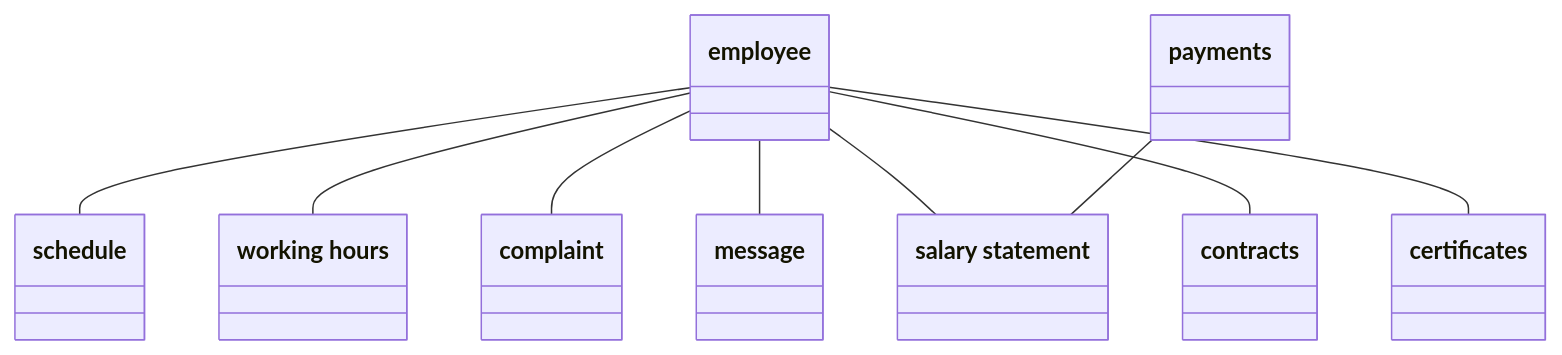
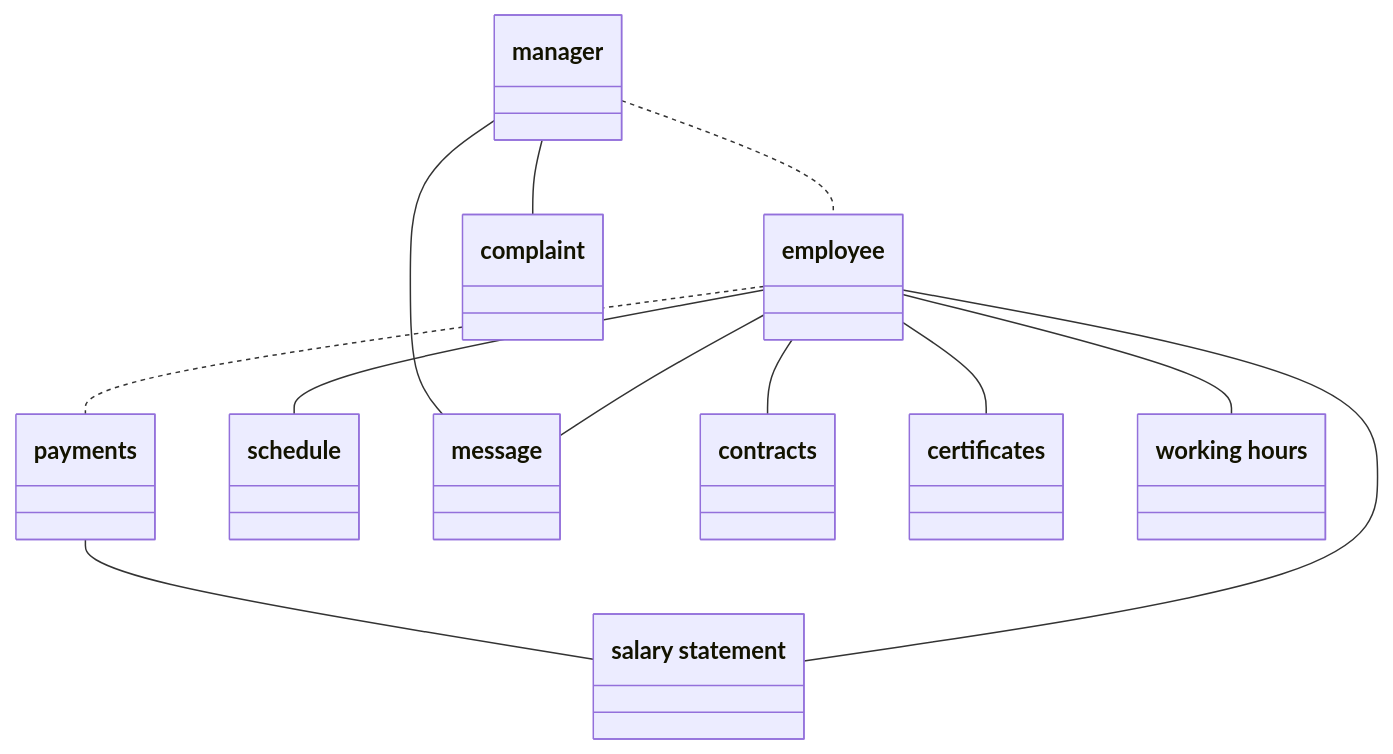
The diagram in 2_gold_standard_domain_models/grocery.mmd (DomDeWulf/user-story-domain-model-datasets), drawn with Mermaid before and after one commit. The commit also changed 21 other files, not shown here.

Commit message:
Adapt domain models to revised gold and silver standard

```diff
--- a/2_gold_standard_domain_models/grocery.mmd
+++ b/2_gold_standard_domain_models/grocery.mmd
@@ -1,56 +1,80 @@
 classDiagram
     %% Project: Grocery
-    %% Class labels match Gold standard - Classes.xlsx exactly, including capitalization.
-    %% Singular/plural forms are assumed equivalent; every changed endpoint is documented below.
-    %% Every association preserves one row of Gold standard - Associations.xlsx, in workbook order.
-    %% associationOnly nodes have no matching class in the Classes Excel; exclude them from class evaluation.
+    %% Source: Gold&Silver Standard.xlsx, sheets 'Class - Gold Standard' (column C) and 'Association - Gold Standard' (columns E:F).
+    %% Class labels match the revised class list exactly, including capitalization.
+    %% Class IDs and order follow the previous models; new classes are appended and removed classes leave ID gaps.
+    %% Workbook legend: red fill = removed, green fill = optional, blue text = added.
+    %% Removed classes and associations are omitted. Optional classes carry <<optional>>; optional associations use a dashed .. line.
+    %% Association endpoints are mapped to class labels; every changed endpoint is documented below.
     %% No direction, multiplicity, relationship labels, inheritance, attributes, or methods are inferred.
     class C001["employee"]
     class C002["payments"]
     class C003["schedule"]
     class C004["message"]
     class C005["contracts"]
     class C006["certificates"]
     class C007["complaint"]
     class C008["salary statement"]
     class C009["working hours"]
+    %% Class 'Class - Gold Standard'!C11: added in the revised workbook (blue text).
+    class C010["manager"]
 
-    %% Association (Classes Excel terms where available): employee -- schedule
-    %% Associations Excel (Sheet1!E3:F3): employee -- schedule.
-    %% Wording differences: none.
+    %% Association: employee -- schedule
+    %% Workbook ('Association - Gold Standard'!E3): employe -- schedul.
+    %% Mapping: "employe" -> "employee" (truncated stem); "schedul" -> "schedule" (truncated stem).
     C001 -- C003
 
-    %% Association (Classes Excel terms where available): employee -- working hours
-    %% Associations Excel (Sheet1!E4:F4): employee -- working hours.
-    %% Wording differences: none.
+    %% Association: employee -- working hours
+    %% Workbook ('Association - Gold Standard'!E4, E5): employe -- working hour.
+    %% Mapping: "employe" -> "employee" (truncated stem); "working hour" -> "working hours" (singular/plural).
+    %% Note: The revised workbook repeats E4 (employee -- working hours) in E5; the previous models had employee -- complaint here. Rows E4 and E5 are drawn as one association.
     C001 -- C009
 
-    %% Association (Classes Excel terms where available): employee -- complaint
-    %% Associations Excel (Sheet1!E5:F5): employee -- complaint.
-    %% Wording differences: none.
-    C001 -- C007
-
-    %% Association (Classes Excel terms where available): employee -- message
-    %% Associations Excel (Sheet1!E6:F6): employee -- message.
-    %% Wording differences: none.
+    %% Association: employee -- message
+    %% Workbook ('Association - Gold Standard'!E6): employe -- messag.
+    %% Mapping: "employe" -> "employee" (truncated stem); "messag" -> "message" (truncated stem).
     C001 -- C004
 
-    %% Association (Classes Excel terms where available): employee -- salary statement
-    %% Associations Excel (Sheet1!E7:F7): employee -- salary statement.
-    %% Wording differences: none.
+    %% Association: employee -- salary statement
+    %% Workbook ('Association - Gold Standard'!E7): employe -- salary stat.
+    %% Mapping: "employe" -> "employee" (truncated stem); "salary stat" -> "salary statement" (truncated stem).
     C001 -- C008
 
-    %% Association (Classes Excel terms where available): employee -- contracts
-    %% Associations Excel (Sheet1!E8:F8): employee -- contract.
-    %% Assumption: "contract" -> "contracts" (singular/plural forms are assumed interchangeable).
+    %% Association: employee -- contracts
+    %% Workbook ('Association - Gold Standard'!E8): employe -- contract.
+    %% Mapping: "employe" -> "employee" (truncated stem); "contract" -> "contracts" (singular/plural).
     C001 -- C005
 
-    %% Association (Classes Excel terms where available): employee -- certificates
-    %% Associations Excel (Sheet1!E9:F9): employee -- certificate.
-    %% Assumption: "certificate" -> "certificates" (singular/plural forms are assumed interchangeable).
+    %% Association: employee -- certificates
+    %% Workbook ('Association - Gold Standard'!E9): employe -- certif.
+    %% Mapping: "employe" -> "employee" (truncated stem); "certif" -> "certificates" (truncated stem; singular/plural).
     C001 -- C006
 
-    %% Association (Classes Excel terms where available): payments -- salary statement
-    %% Associations Excel (Sheet1!E10:F10): payment -- salary statement.
-    %% Assumption: "payment" -> "payments" (singular/plural forms are assumed interchangeable).
+    %% Association: payments -- salary statement
+    %% Workbook ('Association - Gold Standard'!E10): payment -- salary stat.
+    %% Mapping: "payment" -> "payments" (singular/plural); "salary stat" -> "salary statement" (truncated stem).
     C002 -- C008
+
+    %% Association: employee -- payments
+    %% Workbook ('Association - Gold Standard'!E11): employee -- payment.
+    %% Mapping: "payment" -> "payments" (singular/plural).
+    %% Status: added in the revised workbook (blue text); optional (green fill).
+    C001 .. C002
+
+    %% Association: manager -- employee
+    %% Workbook ('Association - Gold Standard'!E12): manager -- employee.
+    %% Mapping: none.
+    %% Status: added in the revised workbook (blue text); optional (green fill).
+    C010 .. C001
+
+    %% Association: manager -- complaint
+    %% Workbook ('Association - Gold Standard'!E13): manager -- complaint.
+    %% Mapping: none.
+    %% Status: added in the revised workbook (blue text).
+    C010 -- C007
+
+    %% Association: manager -- message
+    %% Workbook ('Association - Gold Standard'!E14): manager -- message.
+    %% Mapping: none.
+    %% Status: added in the revised workbook (blue text).
+    C010 -- C004
```
